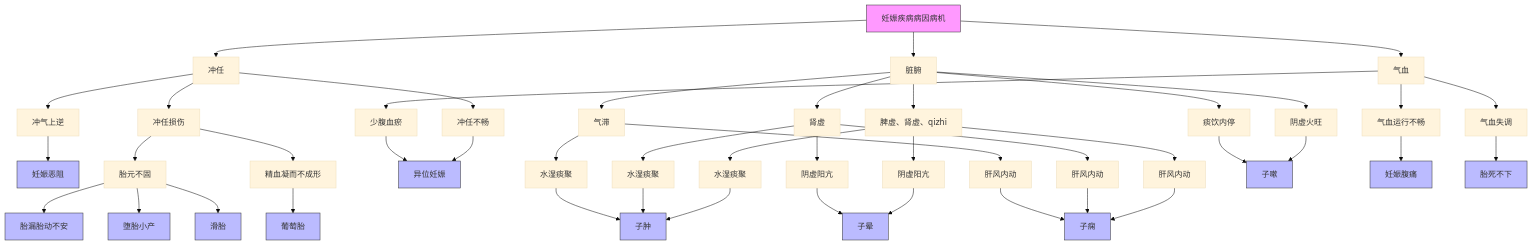
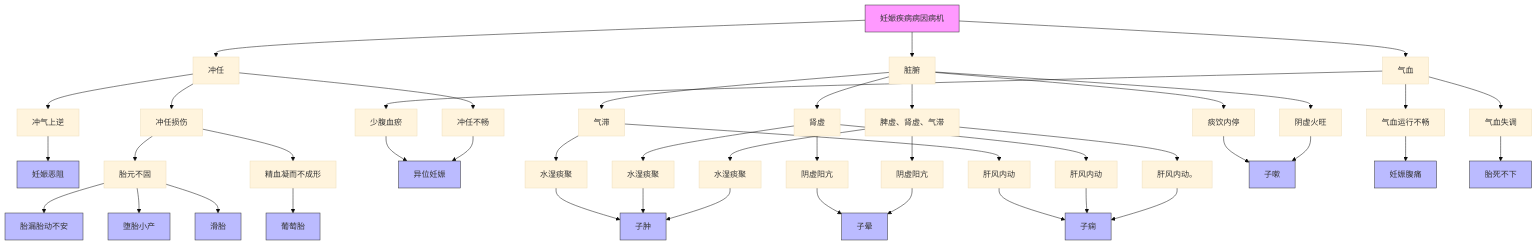
One commit to lili23755/iodraw-files changed the diagram in all/未命名.md. Above: the diagram before and after it, drawn with Mermaid (base theme).

Commit message:
2025-04-04 11:03:14 update

````diff
--- a/all/未命名.md
+++ b/all/未命名.md
@@ -1,41 +1,41 @@
 ```mermaid
 flowchart TD
     A[妊娠疾病病因病机] --> B[冲任]
     A --> C[脏腑]
     A --> D[气血]
     
     B --> B1[冲气上逆] --> 妊娠恶阻
     B --> B2[冲任损伤] --> B2a[胎元不固] -->胎漏胎动不安 & 堕胎小产 & 滑胎
     B2[冲任损伤] --> B2b[精血凝而不成形] -->葡萄胎 
     B --> B3[冲任不畅] --> 异位妊娠
     
-    C --> C1[脾虚、肾虚、qizhi] --> C1a[水湿痰聚] --> 子肿
-    C1 --> C1b[肝风内动] --> 子痫
+    C --> C1[脾虚、肾虚、气滞] --> C1a[水湿痰聚] --> 子肿
+    C1 --> C1b[肝风内动。] --> 子痫
     C1 --> C1c[阴虚阳亢] --> 子晕
     C --> C2[肾虚] --> C2a[水湿痰聚] --> 子肿
     C2 --> C2b[肝风内动] --> 子痫
     C2 --> C2c[阴虚阳亢] --> 子晕
     C --> C3[气滞] --> C3a[水湿痰聚] --> 子肿
     C3 --> C3b[肝风内动] --> 子痫
     C --> C4[阴虚火旺] --> 子嗽
     C --> C5[痰饮内停] --> 子嗽
     
     D --> D1[气血运行不畅] --> 妊娠腹痛
     D --> D2[气血失调] --> 胎死不下
     D --> D3[少腹血瘀] --> 异位妊娠
 
     style A fill:#f9f,stroke:#333
     style 妊娠恶阻 fill:#bbf,stroke:#333
     style 堕胎小产 fill:#bbf,stroke:#333
     style 滑胎 fill:#bbf,stroke:#333
     style 异位妊娠 fill:#bbf,stroke:#333
     style 子肿 fill:#bbf,stroke:#333
     style 子痫 fill:#bbf,stroke:#333
     style 胎漏胎动不安 fill:#bbf,stroke:#333
     style 胎死不下 fill:#bbf,stroke:#333
     style 妊娠腹痛 fill:#bbf,stroke:#333
     style 葡萄胎 fill:#bbf,stroke:#333
     style 子晕 fill:#bbf,stroke:#333
     style 子嗽 fill:#bbf,stroke:#333
 	  
 ```
````
